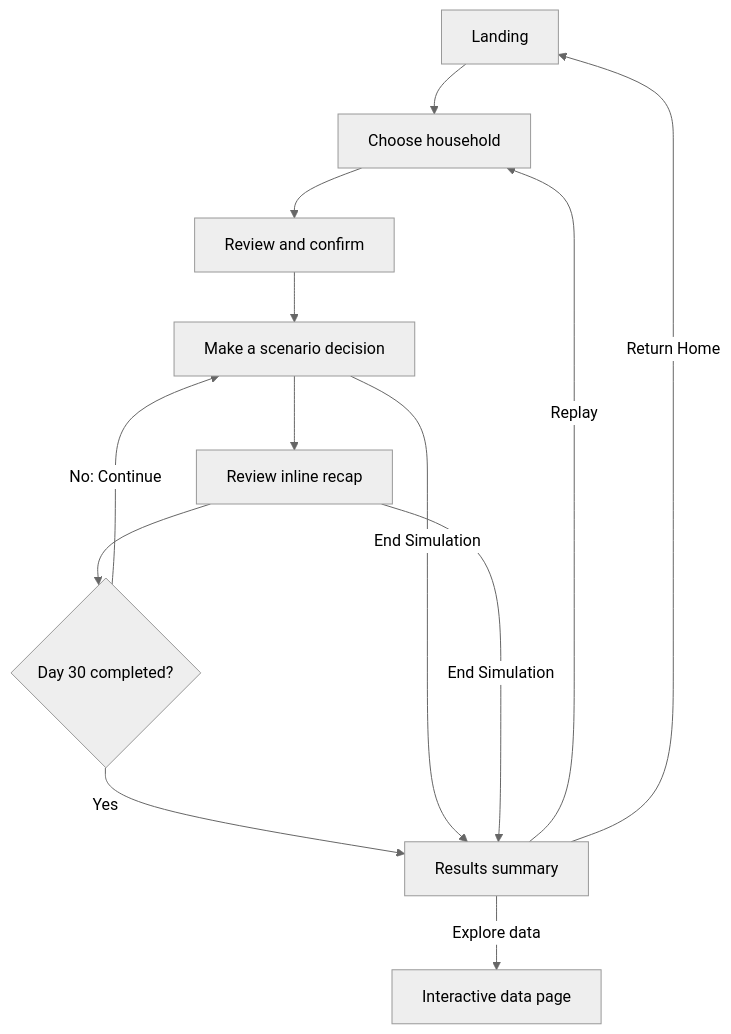
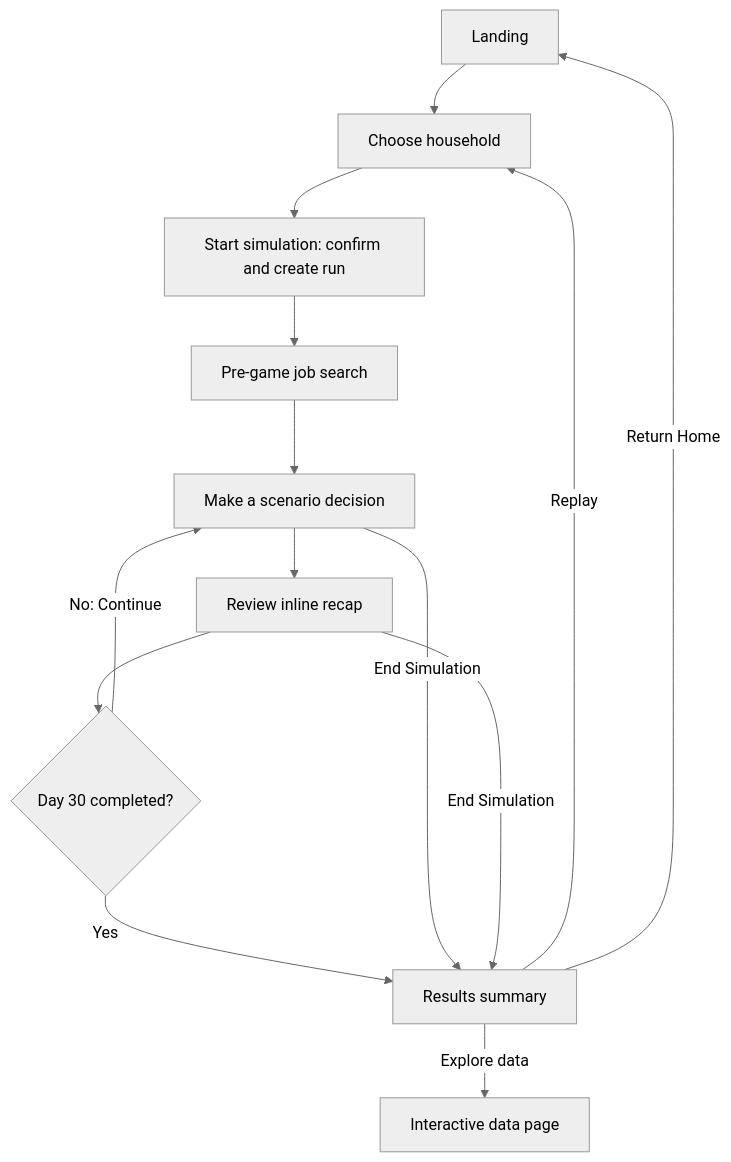
One commit to mariannglasier/team6310 changed the first of 2 diagrams in design/user-flows.md. Above: the diagram before and after it, drawn with Mermaid (neutral theme). The commit also changed other lines of this file and 32 other files, not shown here.

Commit message:
Update simulation UI, employment flow, and gameplay copy

````diff
--- a/design/user-flows.md
+++ b/design/user-flows.md
@@ -18,15 +18,16 @@
 ```mermaid
 flowchart TD
     L["Landing"] --> H["Choose household"]
-    H --> R["Review and confirm"]
-    R --> D["Make a scenario decision"]
+    H --> R["Start simulation: confirm and create run"]
+    R --> J["Pre-game job search"]
+    J --> D["Make a scenario decision"]
     D --> A["Review inline recap"]
     A --> N{"Day 30 completed?"}
     N -->|No: Continue| D
     N -->|Yes| E["Results summary"]
     D -->|End Simulation| E
     A -->|End Simulation| E
     E -->|Replay| H
     E -->|Explore data| V["Interactive data page"]
     E -->|Return Home| L
 ```
````
